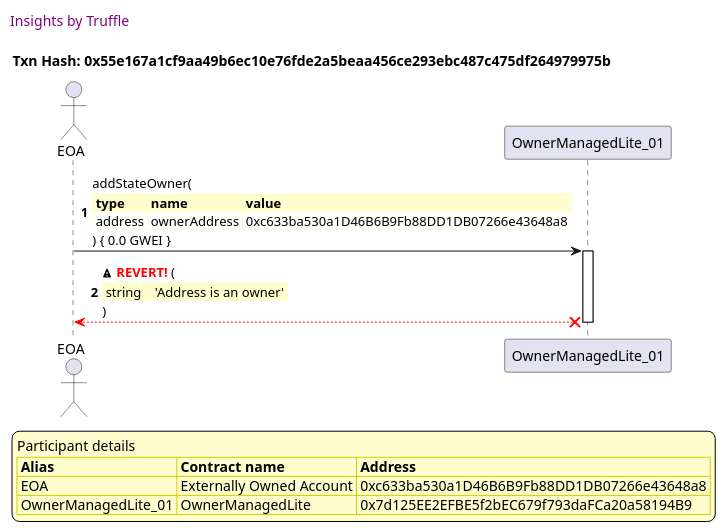
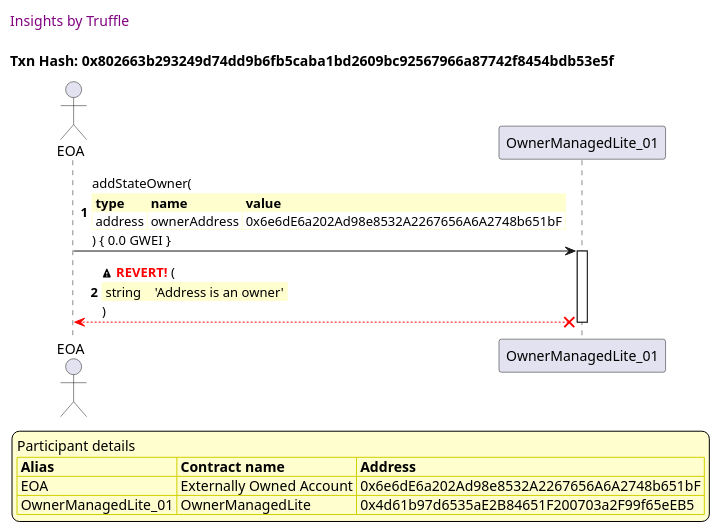
One commit to thedarkjester/ConsensysAssignment changed the ninth of 26 diagrams in truffle-seq/OwnerManagedLite_test_add_owner.md. Above: the diagram before and after it, drawn with PlantUML. The commit also changed other lines of this file and 13 other files, not shown here.

````diff
--- a/truffle-seq/OwnerManagedLite_test_add_owner.md
+++ b/truffle-seq/OwnerManagedLite_test_add_owner.md
@@ -391,43 +391,43 @@
 ```plantuml
 
 
 @startuml
 
 autonumber
 skinparam legendBackgroundColor #FEFECE
 
 <style>
       header {
         HorizontalAlignment left
         FontColor purple
         FontSize 14
         Padding 10
       }
     </style>
 
 header Insights by Truffle
 
-title Txn Hash: 0x55e167a1cf9aa49b6ec10e76fde2a5beaa456ce293ebc487c475df264979975b
+title Txn Hash: 0x802663b293249d74dd9b6fb5caba1bd2609bc92567966a87742f8454bdb53e5f
 
 
 actor EOA as "EOA"
 participant OwnerManagedLite_01 as "OwnerManagedLite_01"
 
 "EOA" -> "OwnerManagedLite_01" ++: addStateOwner(\n\
 <#FEFECE,#FEFECE>|= type |= name |= value |\n\
-| address | ownerAddress | 0xc633ba530a1D46B6B9Fb88DD1DB07266e43648a8 |\n\
+| address | ownerAddress | 0x6e6dE6a202Ad98e8532A2267656A6A2748b651bF |\n\
 ) { 0.0 GWEI }
 "OwnerManagedLite_01" x-[#red]-> "EOA" --: <&warning> <color #red>**REVERT!**</color> (\n\
 <#FEFECE,#FEFECE>| string |  | 'Address is an owner' |\n\
 )
 deactivate "OwnerManagedLite_01"
 
 legend
 Participant details
 <#FEFECE,#D0D000>|= Alias |= Contract name |= Address |
-<#FEFECE>| EOA | Externally Owned Account | 0xc633ba530a1D46B6B9Fb88DD1DB07266e43648a8 |
-<#FEFECE>| OwnerManagedLite_01 | OwnerManagedLite | 0x7d125EE2EFBE5f2bEC679f793daFCa20a58194B9 |
+<#FEFECE>| EOA | Externally Owned Account | 0x6e6dE6a202Ad98e8532A2267656A6A2748b651bF |
+<#FEFECE>| OwnerManagedLite_01 | OwnerManagedLite | 0x4d61b97d6535aE2B84651F200703a2F99f65eEB5 |
 endlegend
 
 @enduml
 ```
````
